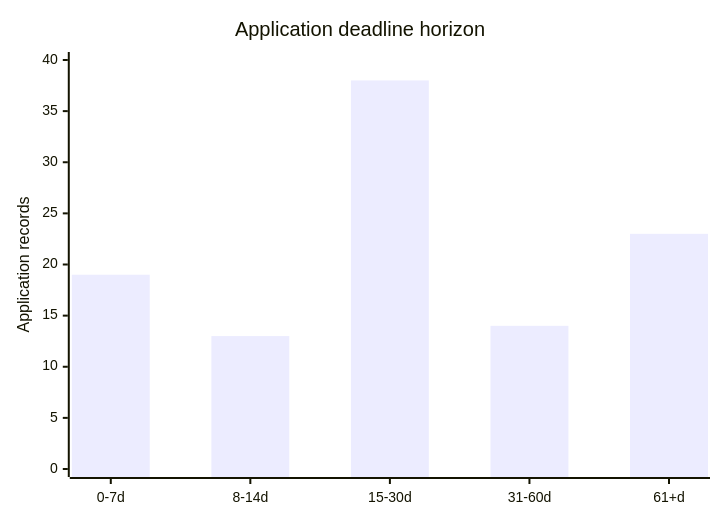
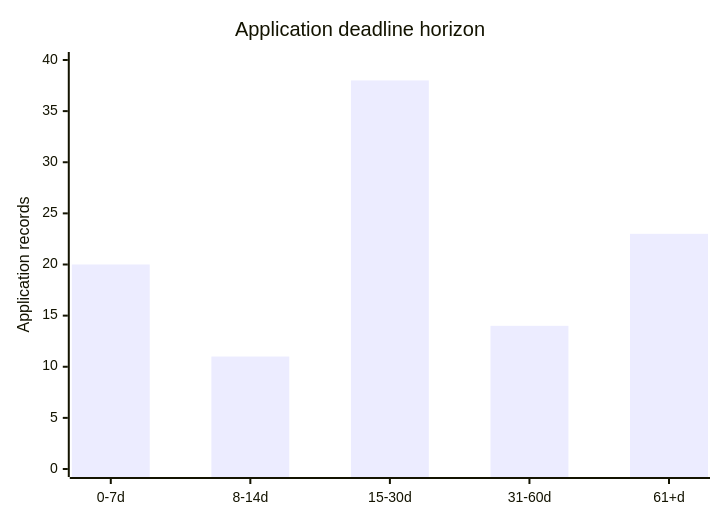
One commit to Armanasq/phd_tracker changed the diagram in docs/diagrams/deadline_xy.mmd. Above: the diagram before and after it, drawn with Mermaid. The commit also changed 40 other files, not shown here.

```diff
--- a/docs/diagrams/deadline_xy.mmd
+++ b/docs/diagrams/deadline_xy.mmd
@@ -1,5 +1,5 @@
 xychart-beta
     title "Application deadline horizon"
     x-axis ["0-7d", "8-14d", "15-30d", "31-60d", "61+d"]
     y-axis "Application records" 0 --> 40
-    bar [19, 13, 38, 14, 23]
+    bar [20, 11, 38, 14, 23]
```
